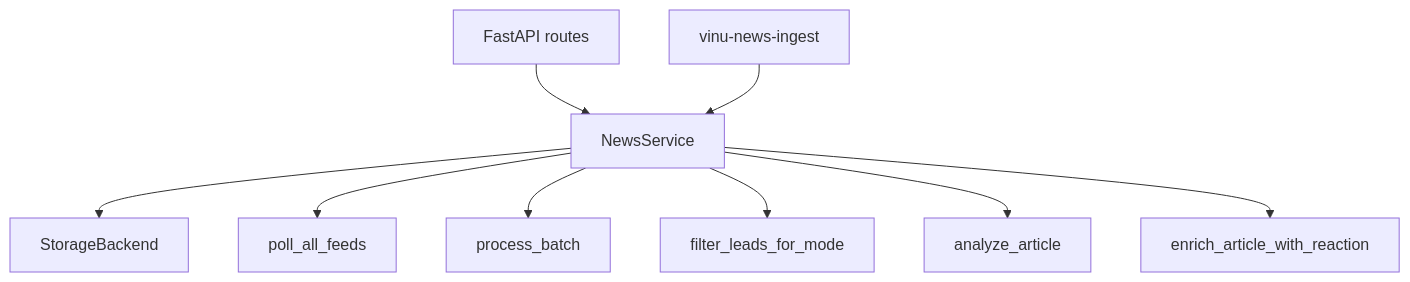
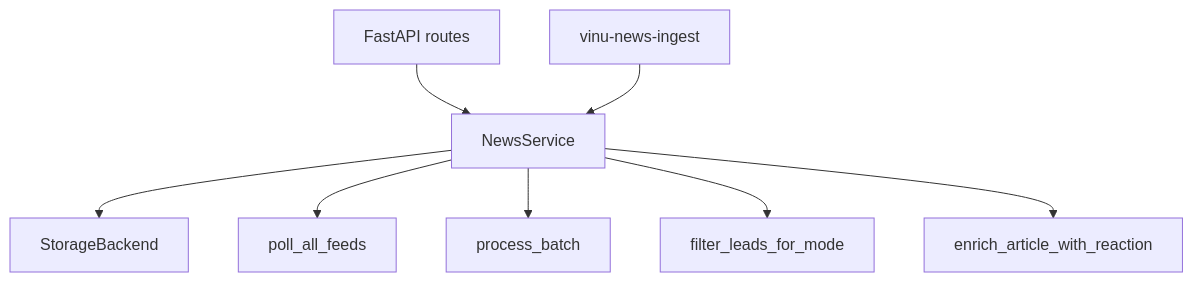
Before and after one commit to vinayakas1997/my-trading-work-3: the diagram in vinu-components/vinu-news/docs/book/part-4-operations/ch26-service-facade.md, drawn with Mermaid. The commit also changed other lines of this file and 137 other files, not shown here.

````diff
--- a/vinu-components/vinu-news/docs/book/part-4-operations/ch26-service-facade.md
+++ b/vinu-components/vinu-news/docs/book/part-4-operations/ch26-service-facade.md
@@ -23,11 +23,10 @@
 ```mermaid
 flowchart TB
   API[FastAPI routes] --> NS[NewsService]
   CLI[vinu-news-ingest] --> NS
   NS --> Storage[StorageBackend]
   NS --> RSS[poll_all_feeds]
   NS --> Pipe[process_batch]
   NS --> Filter[filter_leads_for_mode]
-  NS --> LLM[analyze_article]
   NS --> Price[enrich_article_with_reaction]
 ```
````
